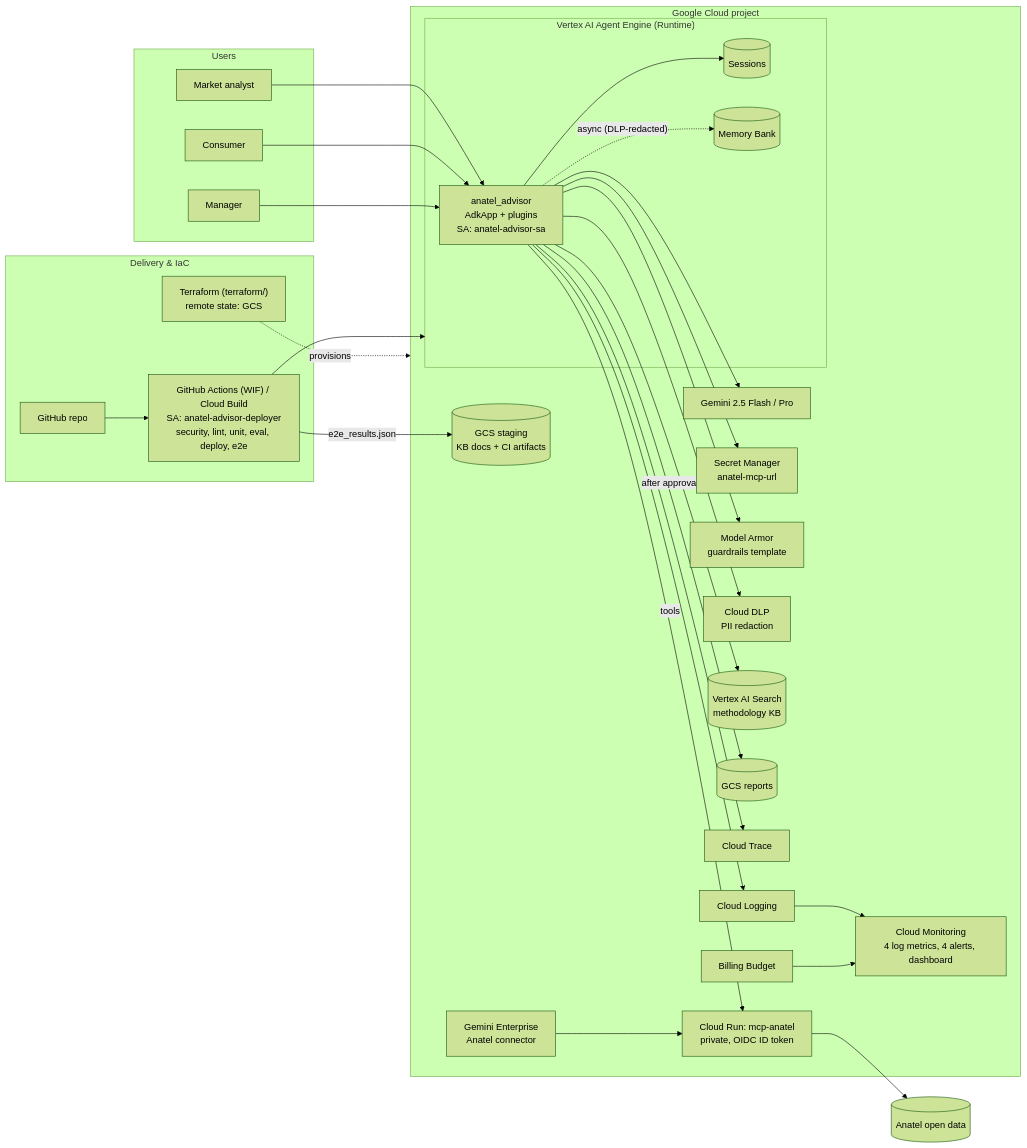
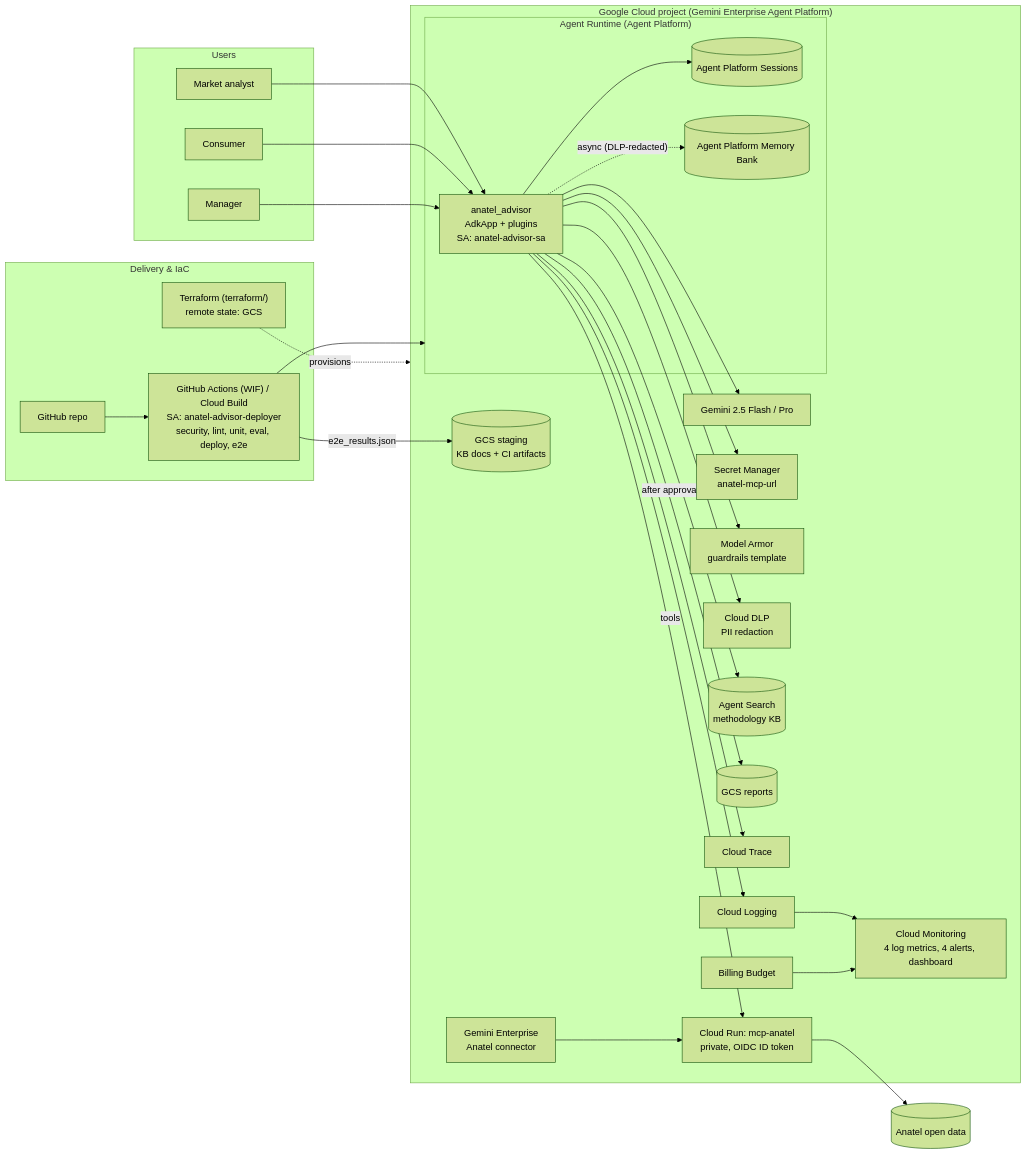
The first of 4 diagrams in README.md (thiago-a-azevedo/anatel), drawn with Mermaid (forest theme) before and after one commit. The commit also changed other lines of this file and 21 other files, not shown here.

Commit message:
Update product naming to Gemini Enterprise Agent Platform

````diff
--- a/README.md
+++ b/README.md
@@ -92,52 +92,52 @@
 ```mermaid
 flowchart LR
   subgraph Users
     AN["Market analyst"]
     CO["Consumer"]
     GE["Manager"]
   end
 
   subgraph Dev["Delivery & IaC"]
     GH["GitHub repo"]
     TF["Terraform (terraform/)<br/>remote state: GCS"]
     CI["GitHub Actions (WIF) / Cloud Build<br/>SA: anatel-advisor-deployer<br/>security, lint, unit, eval, deploy, e2e"]
   end
 
-  subgraph GCP["Google Cloud project"]
-    subgraph AE["Vertex AI Agent Engine (Runtime)"]
+  subgraph GCP["Google Cloud project (Gemini Enterprise Agent Platform)"]
+    subgraph AE["Agent Runtime (Agent Platform)"]
       APP["anatel_advisor<br/>AdkApp + plugins<br/>SA: anatel-advisor-sa"]
-      SES[("Sessions")]
-      MEM[("Memory Bank")]
+      SES[("Agent Platform Sessions")]
+      MEM[("Agent Platform Memory Bank")]
     end
     GEM["Gemini 2.5 Flash / Pro"]
     MCP["Cloud Run: mcp-anatel<br/>private, OIDC ID token"]
     SM["Secret Manager<br/>anatel-mcp-url"]
     MA["Model Armor<br/>guardrails template"]
     DLP["Cloud DLP<br/>PII redaction"]
-    VAS[("Vertex AI Search<br/>methodology KB")]
+    VAS[("Agent Search<br/>methodology KB")]
     GCS[("GCS reports")]
     STG[("GCS staging<br/>KB docs + CI artifacts")]
     LOG["Cloud Logging"]
     TR["Cloud Trace"]
     MON["Cloud Monitoring<br/>4 log metrics, 4 alerts, dashboard"]
     BUD["Billing Budget"]
     GEN["Gemini Enterprise<br/>Anatel connector"]
   end
   ANATEL[("Anatel open data")]
 
   AN & CO & GE --> APP
   GH --> CI --> AE
   CI -->|e2e_results.json| STG
   TF -.provisions.-> GCP
   APP --> GEM
   APP -->|tools| MCP
   APP --> SM & MA & DLP & VAS
   APP -->|after approval| GCS
   APP --> SES
   APP -.async (DLP-redacted).-> MEM
   APP --> LOG & TR
   LOG --> MON
   BUD --> MON
   MCP --> ANATEL
   GEN --> MCP
 ```
````
